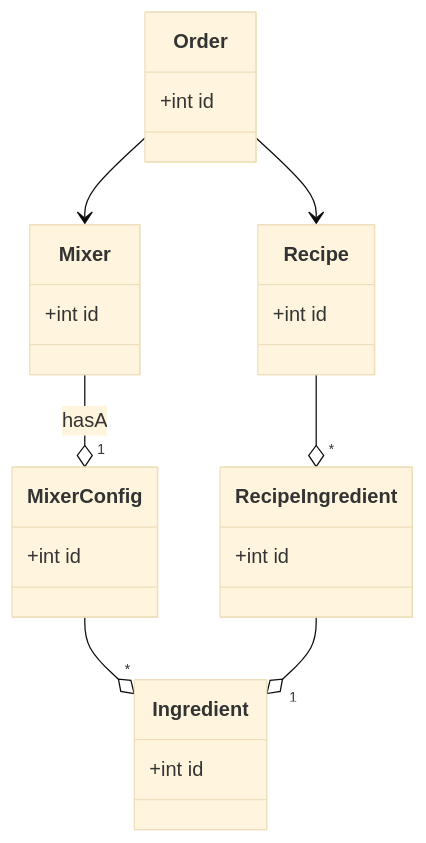
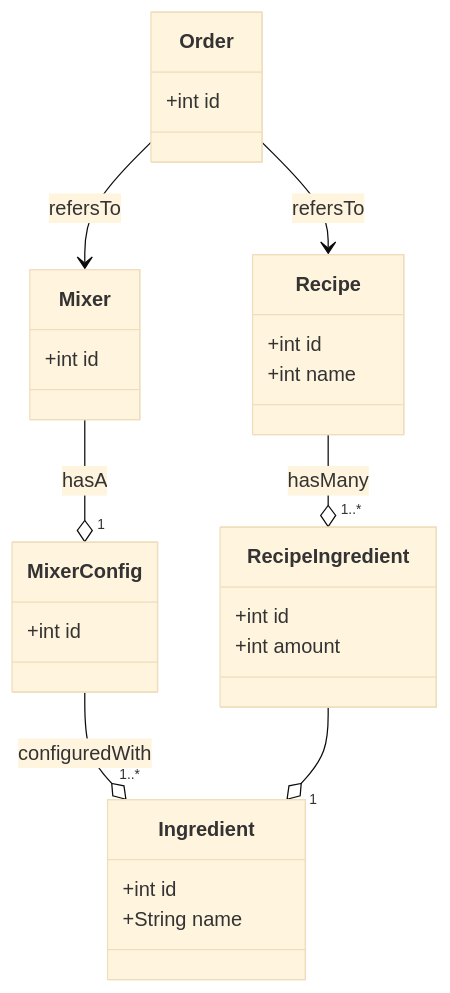
The diagram in README.md (connectory/boschtail), drawn with Mermaid (base theme) before and after one commit.

````diff
--- a/README.md
+++ b/README.md
@@ -13,16 +13,19 @@
 ```mermaid
 classDiagram
     Mixer --o "1" MixerConfig : hasA
-    MixerConfig --o "*" Ingredient
-    Order --> Mixer
-    Order --> Recipe
-    Recipe --o "*" RecipeIngredient
+    MixerConfig --o "1..*" Ingredient : configuredWith
+    Order --> Mixer : refersTo
+    Order --> Recipe : refersTo
+    Recipe --o "1..*" RecipeIngredient : hasMany
     RecipeIngredient --o "1" Ingredient
 
     Mixer : +int id
     MixerConfig : +int id
     Order : +int id
     Recipe : +int id
+    Recipe : +int name
     RecipeIngredient: +int id
+    RecipeIngredient: +int amount
     Ingredient: +int id
+    Ingredient: +String name
 ```
````
